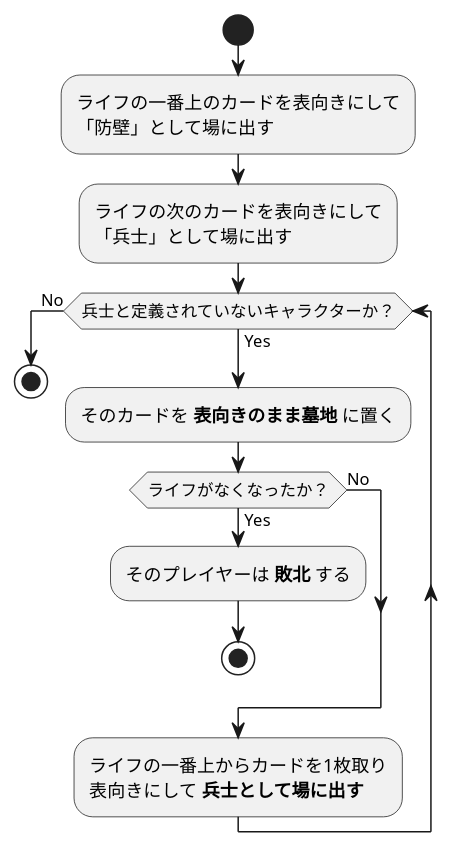
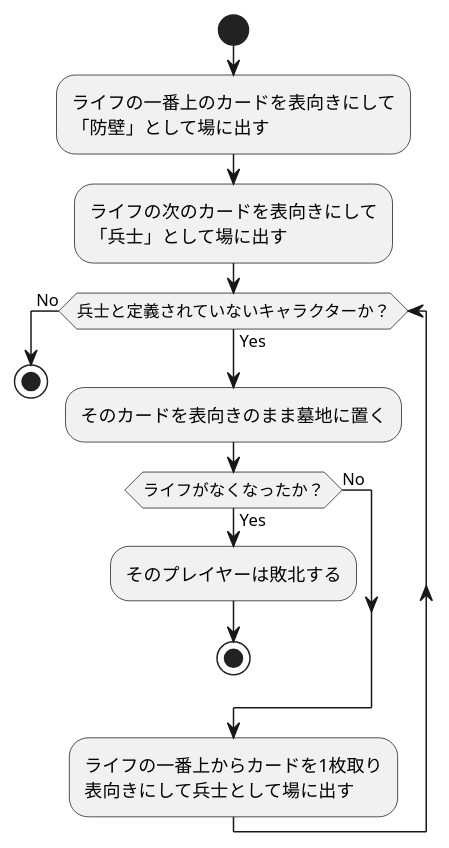
The diagram in source/common/preset-flow.puml (BlackPoker/BlackPoker), drawn with PlantUML before and after one commit.

Commit message:
docs: Add PlantUML guidelines and initial diagram files.

```diff
--- a/source/common/preset-flow.puml
+++ b/source/common/preset-flow.puml
@@ -1,20 +1,20 @@
 @startuml
 start
 :ライフの一番上のカードを表向きにして
 「防壁」として場に出す;
 
 :ライフの次のカードを表向きにして
 「兵士」として場に出す;
 
 while (兵士と定義されていないキャラクターか？) is (Yes)
-    :そのカードを **表向きのまま墓地** に置く;
+    :そのカードを表向きのまま墓地に置く;
     if (ライフがなくなったか？) then (Yes)
-        :そのプレイヤーは **敗北** する;
+        :そのプレイヤーは敗北する;
         stop
     else (No)
     endif
     :ライフの一番上からカードを1枚取り
-    表向きにして **兵士として場に出す** ;
+    表向きにして兵士として場に出す;
 endwhile (No)
 stop
 @enduml
```
